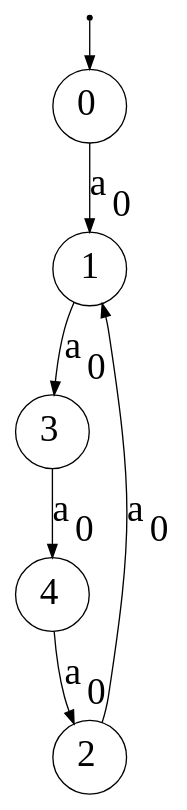
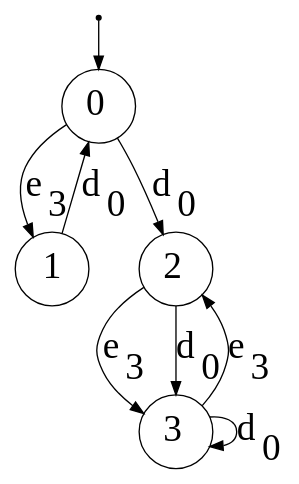
The diagram in dotsource.dot (Reithger/Finite-State-Machine-Model), drawn with Graphviz before and after one commit. The commit also changed 4 other files, not shown here.

```diff
--- a/dotsource.dot
+++ b/dotsource.dot
@@ -1,14 +1,15 @@
 digraph G {
 "n0"[label= <0> shape=circle color="black" style=wedged fillcolor="white" style=filled fontsize="28"];
 "ArbitraryUnusedNameNoWorriesJustGrooving1"[fontSize=1 shape=point];
 "n1"[label= <1> shape=circle color="black" style=wedged fillcolor="white" style=filled fontsize="28"];
 "n2"[label= <2> shape=circle color="black" style=wedged fillcolor="white" style=filled fontsize="28"];
 "n3"[label= <3> shape=circle color="black" style=wedged fillcolor="white" style=filled fontsize="28"];
-"n4"[label= <4> shape=circle color="black" style=wedged fillcolor="white" style=filled fontsize="28"];
 {"ArbitraryUnusedNameNoWorriesJustGrooving1"}->{"n0"};
-{"n0"}->{"n1"}[label = <a<sub>0</sub>> color="black" arrowhead="normal" style="" fontsize="28"];
-{"n1"}->{"n3"}[label = <a<sub>0</sub>> color="black" arrowhead="normal" style="" fontsize="28"];
-{"n2"}->{"n1"}[label = <a<sub>0</sub>> color="black" arrowhead="normal" style="" fontsize="28"];
-{"n3"}->{"n4"}[label = <a<sub>0</sub>> color="black" arrowhead="normal" style="" fontsize="28"];
-{"n4"}->{"n2"}[label = <a<sub>0</sub>> color="black" arrowhead="normal" style="" fontsize="28"];
+{"n0"}->{"n1"}[label = <e<sub>3</sub>> color="black" arrowhead="normal" style="" fontsize="28"];
+{"n0"}->{"n2"}[label = <d<sub>0</sub>> color="black" arrowhead="normal" style="" fontsize="28"];
+{"n1"}->{"n0"}[label = <d<sub>0</sub>> color="black" arrowhead="normal" style="" fontsize="28"];
+{"n2"}->{"n3"}[label = <e<sub>3</sub>> color="black" arrowhead="normal" style="" fontsize="28"];
+{"n2"}->{"n3"}[label = <d<sub>0</sub>> color="black" arrowhead="normal" style="" fontsize="28"];
+{"n3"}->{"n2"}[label = <e<sub>3</sub>> color="black" arrowhead="normal" style="" fontsize="28"];
+{"n3"}->{"n3"}[label = <d<sub>0</sub>> color="black" arrowhead="normal" style="" fontsize="28"];
 }
```
